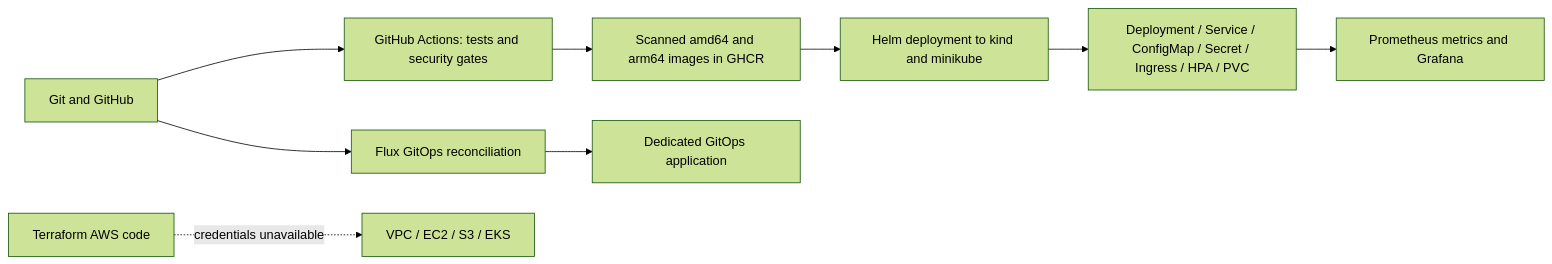
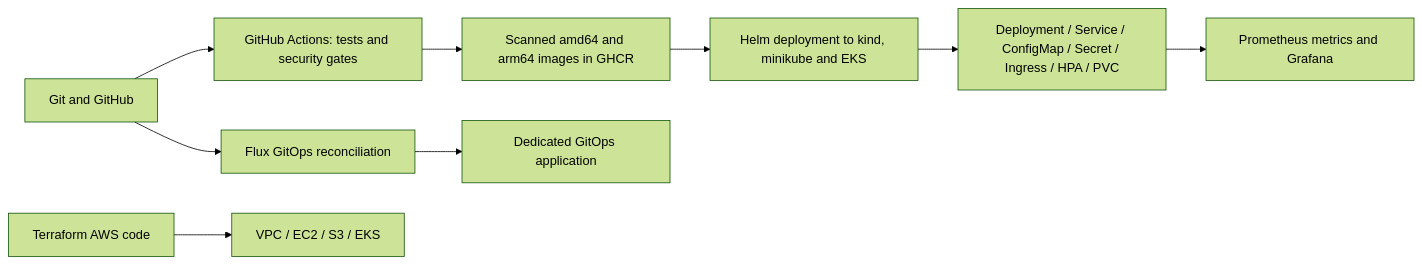
The diagram in final-devops-project/README.md (rajasurya-rjs/devops-heros), drawn with Mermaid (forest theme) before and after one commit. The commit also changed other lines of this file and 52 other files, not shown here.

Commit message:
Complete verified AWS EKS capstone deployment [skip ci]

````diff
--- a/final-devops-project/README.md
+++ b/final-devops-project/README.md
@@ -16,11 +17,11 @@
 ```mermaid
 flowchart LR
   Git[Git and GitHub] --> CI[GitHub Actions: tests and security gates]
   CI --> Image[Scanned amd64 and arm64 images in GHCR]
-  Image --> Helm[Helm deployment to kind and minikube]
+  Image --> Helm[Helm deployment to kind, minikube and EKS]
   Helm --> K8s[Deployment / Service / ConfigMap / Secret / Ingress / HPA / PVC]
   K8s --> Monitor[Prometheus metrics and Grafana]
   Git --> Flux[Flux GitOps reconciliation]
   Flux --> Demo[Dedicated GitOps application]
-  Terraform[Terraform AWS code] -. credentials unavailable .-> Cloud[VPC / EC2 / S3 / EKS]
+  Terraform[Terraform AWS code] --> Cloud[VPC / EC2 / S3 / EKS]
 ```
````
